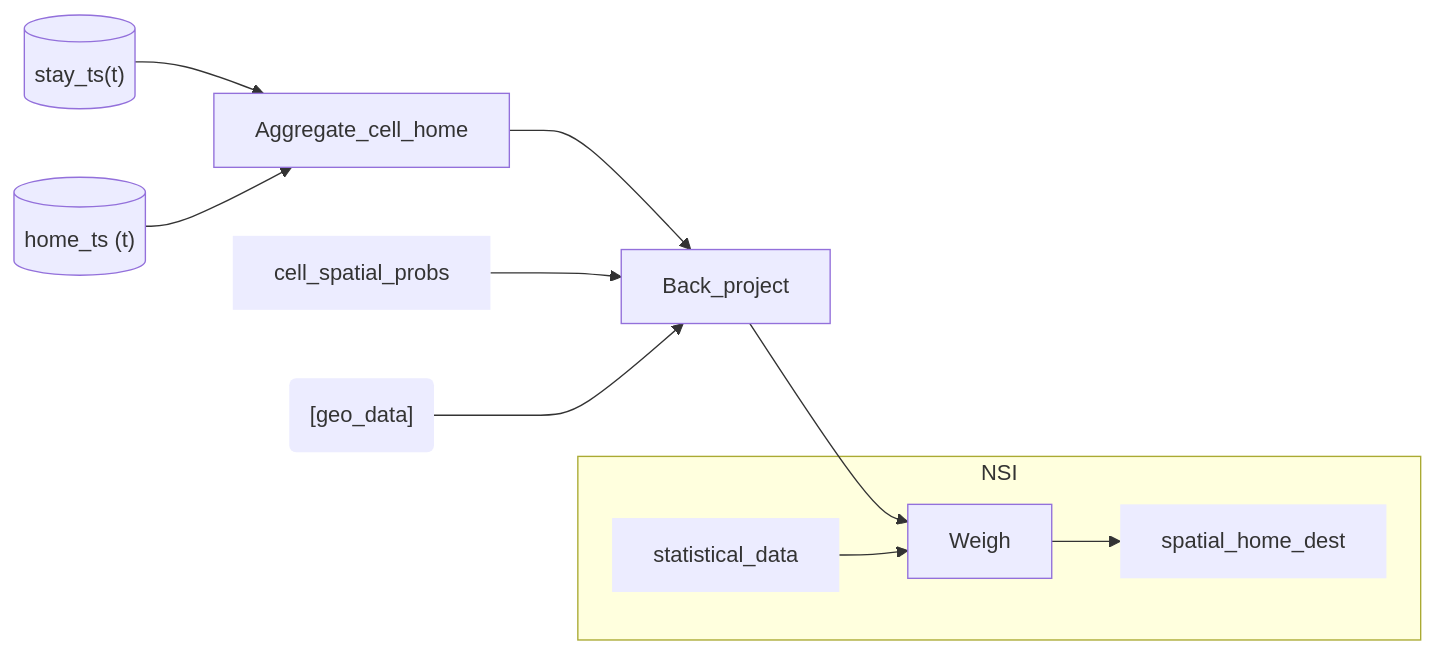
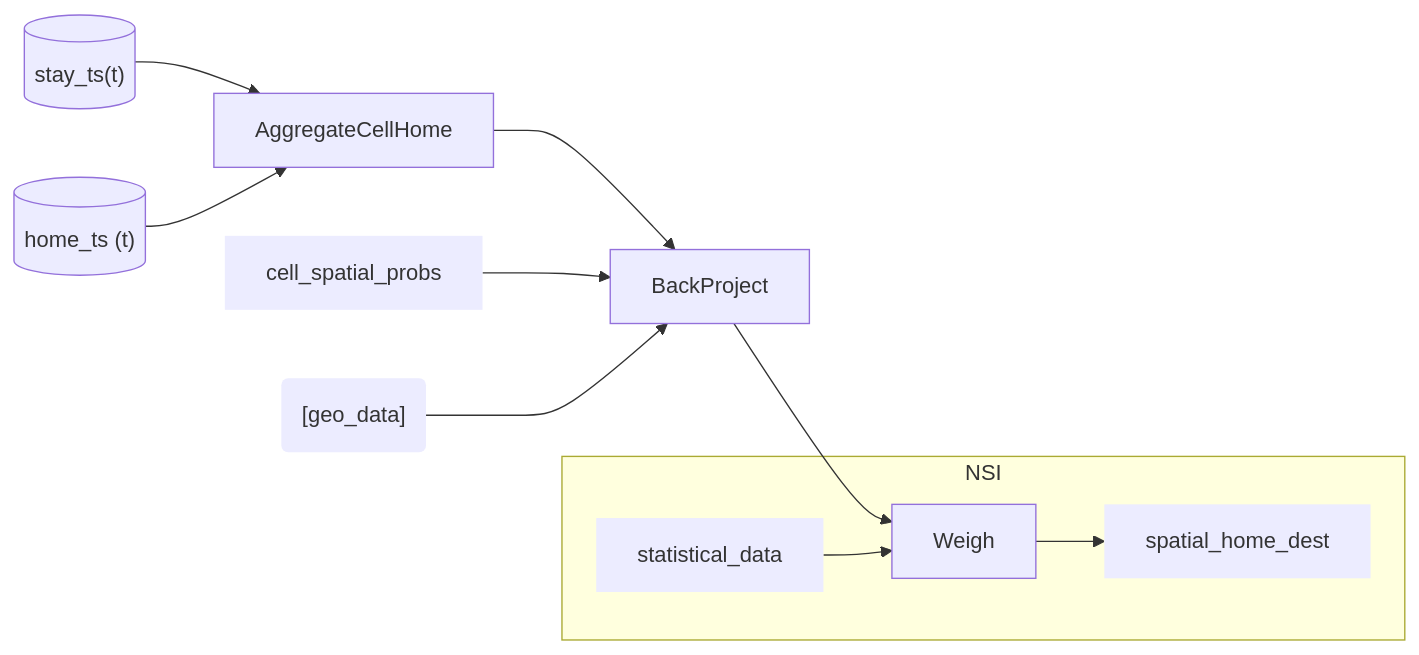
One commit to djvanderlaan/pipeline changed diagram 12 of 14 in README.md. Above: the diagram before and after it, drawn with Mermaid. The commit also changed other lines of this file, not shown here.

````diff
--- a/README.md
+++ b/README.md
@@ -148,16 +148,16 @@
 ```mermaid
 flowchart LR
 
-stay_ts[("stay_ts(t)")] --> Aggregate_cell_home --> Back_project --> Weigh 
+stay_ts[("stay_ts(t)")] --> AggregateCellHome --> BackProject --> Weigh 
 
-home_ts[("home_ts (t)")] --> Aggregate_cell_home
-cell_spatial_probs:::data --> Back_project
-geo_data("[geo_data]"):::data --> Back_project
+home_ts[("home_ts (t)")] --> AggregateCellHome
+cell_spatial_probs:::data --> BackProject
+geo_data("[geo_data]"):::data --> BackProject
 
 subgraph NSI
   Weigh --> spatial_home_dest:::data
   statistical_data:::data --> Weigh
 end
 
 classDef data stroke-width:0px
 ```
````
